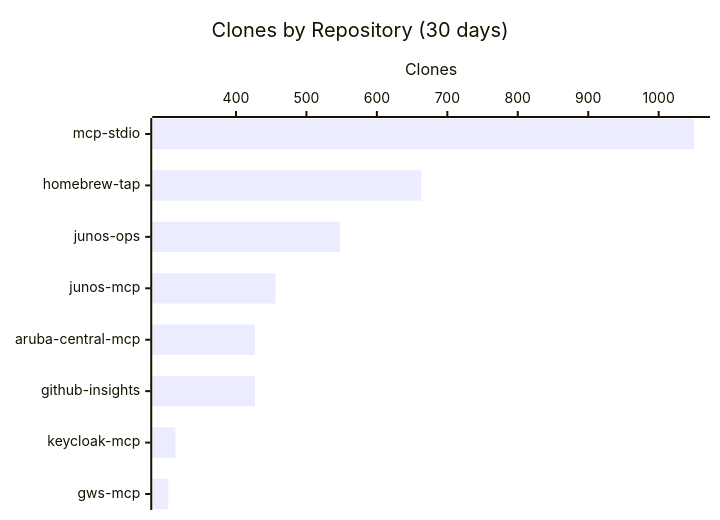
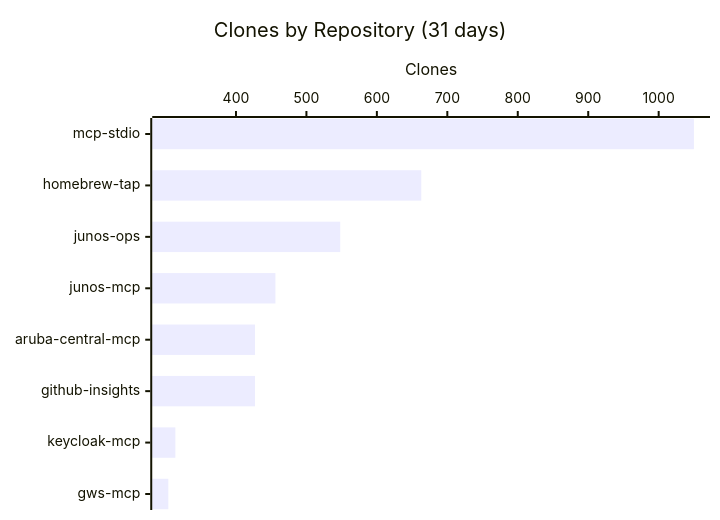
The third of 3 diagrams in README.md (shigechika/github-insights), drawn with Mermaid before and after one commit. The commit also changed other lines of this file and 1 other file, not shown here.

````diff
--- a/README.md
+++ b/README.md
@@ -32,7 +32,7 @@
 ```mermaid
 xychart-beta horizontal
-    title "Clones by Repository (30 days)"
+    title "Clones by Repository (31 days)"
     x-axis ["mcp-stdio", "homebrew-tap", "junos-ops", "junos-mcp", "aruba-central-mcp", "github-insights", "keycloak-mcp", "gws-mcp"]
     y-axis "Clones"
     bar [1050, 663, 548, 456, 427, 427, 314, 304]
 ```
````
